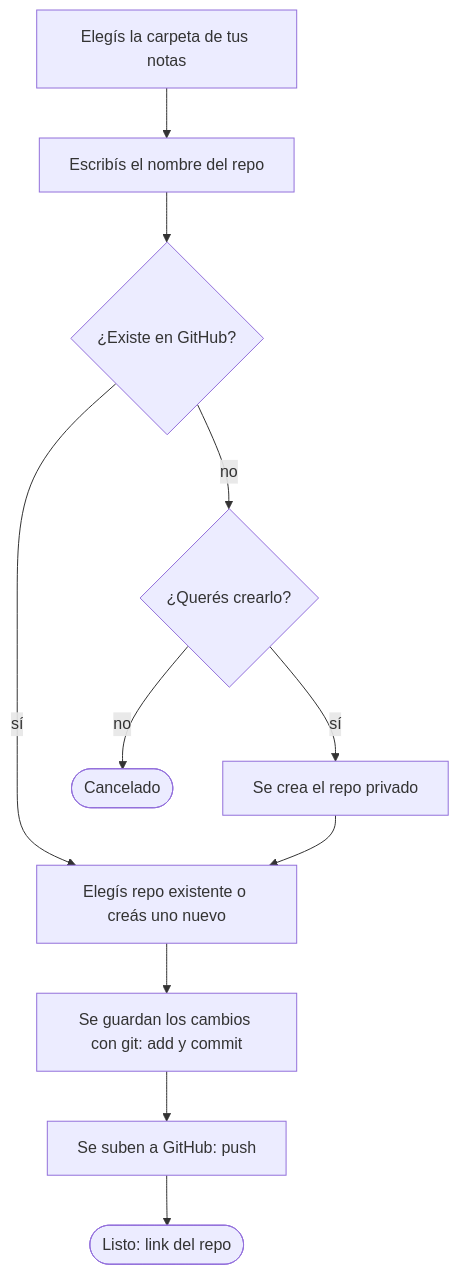
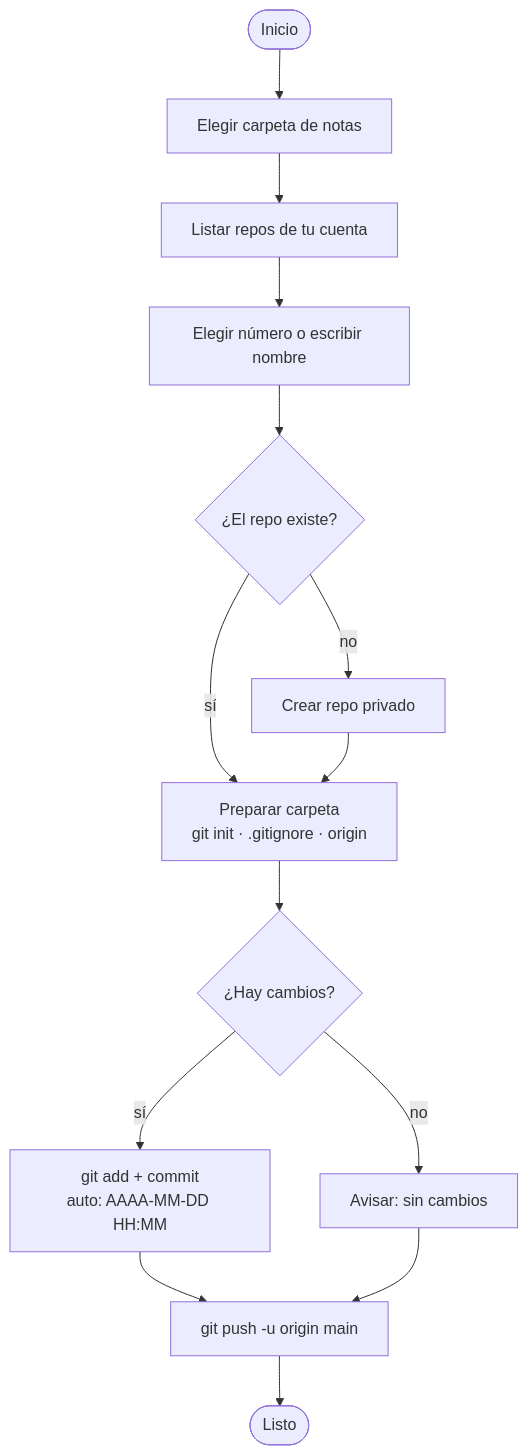
The diagram in README.md (ignaciorau/vaultNoteScript), drawn with Mermaid before and after one commit. The commit also changed other lines of this file, not shown here.

````diff
--- a/README.md
+++ b/README.md
@@ -38,13 +45,16 @@
 ```mermaid
-  flowchart TD
-      A["Elegís la carpeta de tus notas"] --> B["Escribís el nombre del repo"]
-      B --> C{"¿Existe en GitHub?"}
-      C -->|sí| E["Elegís repo existente o creás uno nuevo"]
-      C -->|no| D{"¿Querés crearlo?"}
-      D -->|no| F(["Cancelado"])
-      D -->|sí| D2["Se crea el repo privado"]
-      D2 --> E
-      E --> G["Se guardan los cambios con git: add y commit"]
-      G --> H["Se suben a GitHub: push"]
-      H --> I(["Listo: link del repo"])
+flowchart TD
+    A([Inicio]) --> B[Elegir carpeta de notas]
+    B --> C[Listar repos de tu cuenta]
+    C --> D[Elegir número o escribir nombre]
+    D --> E{¿El repo existe?}
+    E -- no --> F[Crear repo privado]
+    E -- sí --> G
+    F --> G["Preparar carpeta<br/>git init · .gitignore · origin"]
+    G --> H{¿Hay cambios?}
+    H -- sí --> I["git add + commit<br/>auto: AAAA-MM-DD HH:MM"]
+    H -- no --> J[Avisar: sin cambios]
+    I --> K["git push -u origin main"]
+    J --> K
+    K --> L([Listo])
 ```
````
